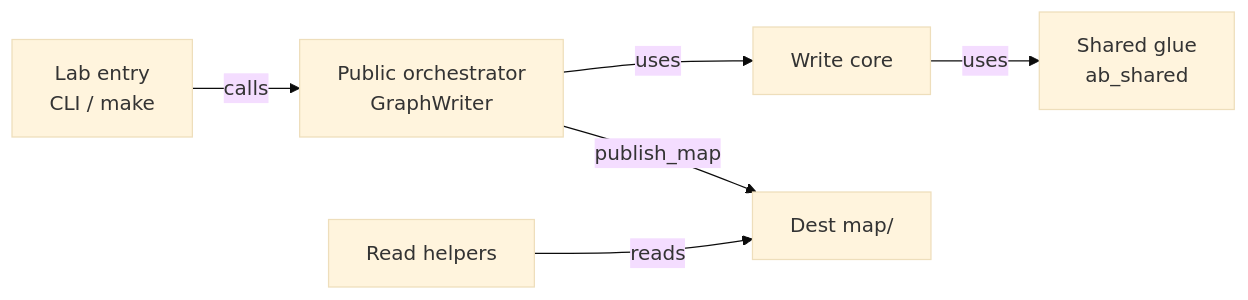
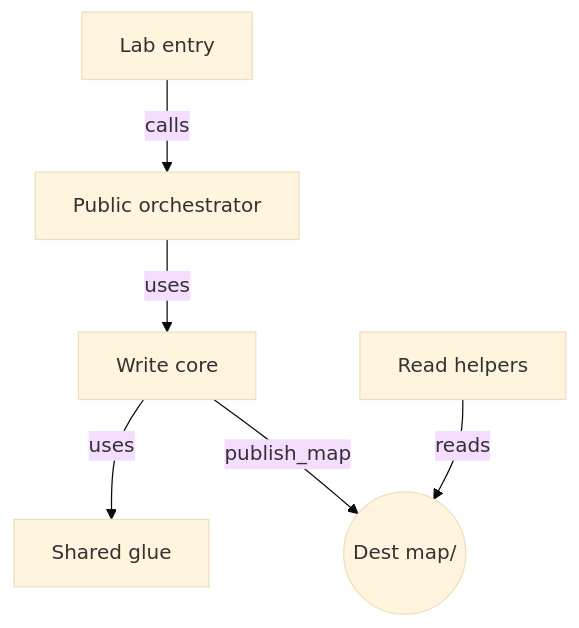
Before and after one commit to harshilshah2501/unified-rca-pipeline: the second of 3 diagrams in pillar-ab-implementation/pillar-b/docs/Codebase-go-through.md, drawn with Mermaid (base theme). The commit also changed other lines of this file and 20 other files, not shown here.

First line of the commit message:
Clarify Pillar B map PoC for cold readers: comments, helpers, navigator.

````diff
--- a/pillar-ab-implementation/pillar-b/docs/Codebase-go-through.md
+++ b/pillar-ab-implementation/pillar-b/docs/Codebase-go-through.md
@@ -279,15 +280,8 @@
 ```mermaid
-flowchart LR
-  entry[Lab entry<br/>CLI / make]
-  orch[Public orchestrator<br/>GraphWriter]
-  core[Write core]
-  shared[Shared glue<br/>ab_shared]
-  dest[Dest map/]
-  read[Read helpers]
-
-  entry -->|calls| orch
-  orch -->|uses| core
-  core -->|uses| shared
-  orch -->|publish_map| dest
-  read -->|reads| dest
+flowchart TB
+  entry[Lab entry] -->|calls| orch[Public orchestrator]
+  orch -->|uses| core[Write core]
+  core -->|uses| shared[Shared glue]
+  core -->|publish_map| dest((Dest map/))
+  read[Read helpers] -->|reads| dest
 ```
````
